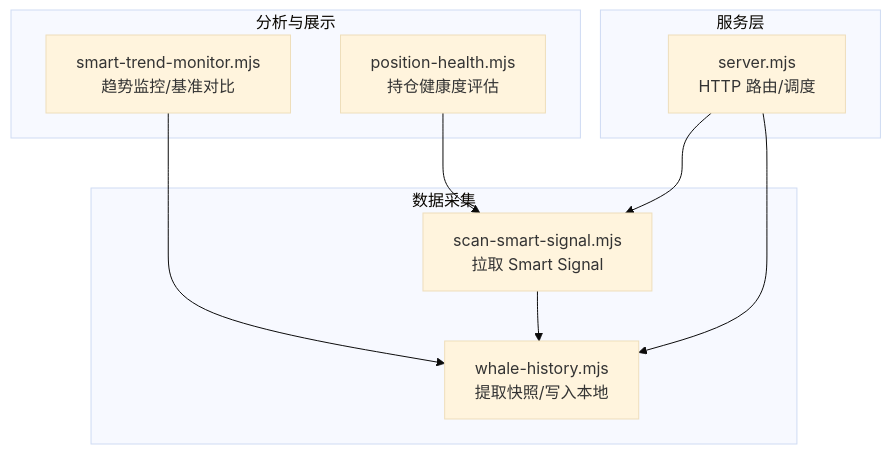
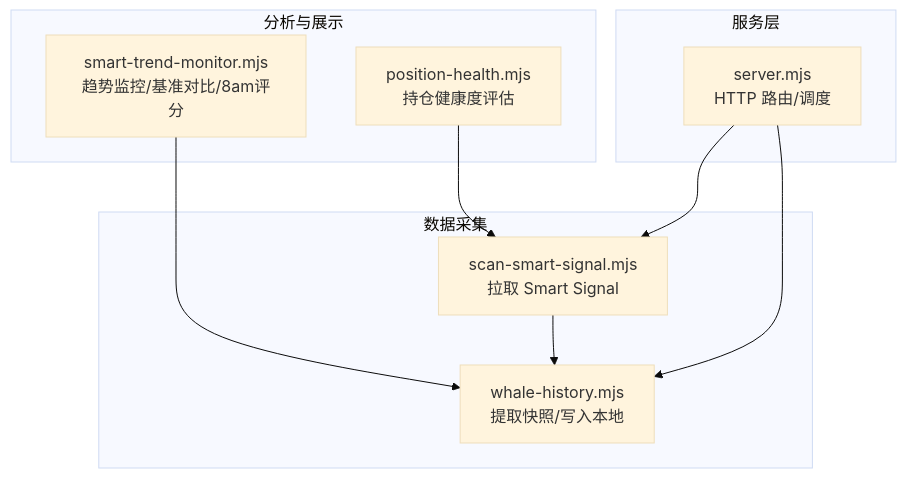
Before and after one commit to kekexilinan/BinaceSmart: the first of 7 diagrams in .qoder/repowiki/zh/content/核心功能模块/鲸鱼历史追踪.md, drawn with Mermaid (base theme). The commit also changed other lines of this file and 56 other files, not shown here.

````diff
--- a/.qoder/repowiki/zh/content/核心功能模块/鲸鱼历史追踪.md
+++ b/.qoder/repowiki/zh/content/核心功能模块/鲸鱼历史追踪.md
@@ -45,19 +52,19 @@
 ```mermaid
 graph TB
 subgraph "数据采集"
 A["scan-smart-signal.mjs<br/>拉取 Smart Signal"]
 B["whale-history.mjs<br/>提取快照/写入本地"]
 end
 subgraph "服务层"
 C["server.mjs<br/>HTTP 路由/调度"]
 end
 subgraph "分析与展示"
-D["smart-trend-monitor.mjs<br/>趋势监控/基准对比"]
+D["smart-trend-monitor.mjs<br/>趋势监控/基准对比/8am评分"]
 E["position-health.mjs<br/>持仓健康度评估"]
 end
 A --> B
 C --> B
 C --> A
 D --> B
 E --> A
 ```
````
